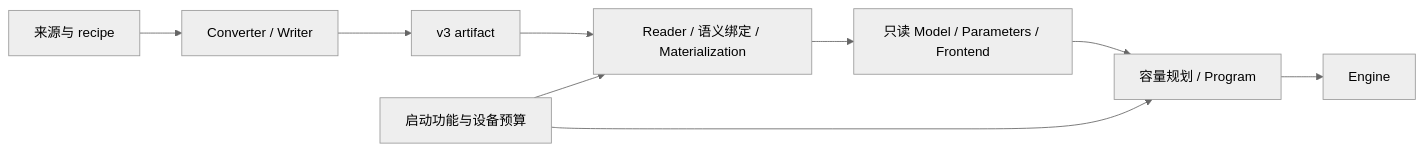
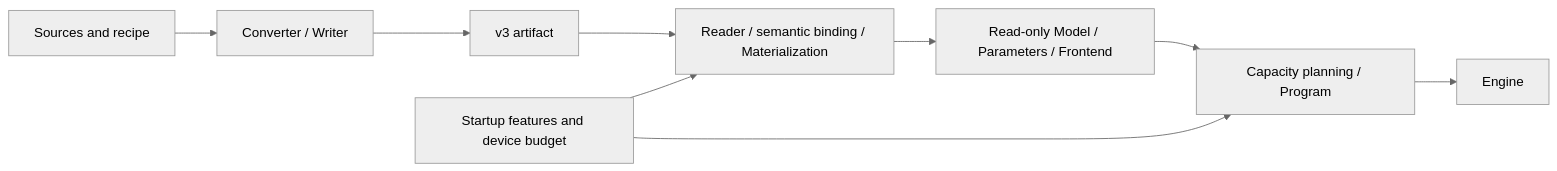
Before and after one commit to Wallawalla47/Infernix: the first of 3 diagrams in docs/maintainer/engine-architecture.md, drawn with Mermaid (neutral theme). The commit also changed other lines of this file and 8 other files, not shown here.

````diff
--- a/docs/maintainer/engine-architecture.md
+++ b/docs/maintainer/engine-architecture.md
@@ -32,11 +42,11 @@
 ```mermaid
 flowchart LR
-    S["来源与 recipe"] --> C["Converter / Writer"]
+    S["Sources and recipe"] --> C["Converter / Writer"]
     C --> A["v3 artifact"]
-    A --> L["Reader / 语义绑定 / Materialization"]
-    L --> M["只读 Model / Parameters / Frontend"]
-    M --> P["容量规划 / Program"]
+    A --> L["Reader / semantic binding / Materialization"]
+    L --> M["Read-only Model / Parameters / Frontend"]
+    M --> P["Capacity planning / Program"]
     P --> E["Engine"]
-    O["启动功能与设备预算"] --> L
+    O["Startup features and device budget"] --> L
     O --> P
 ```
````
